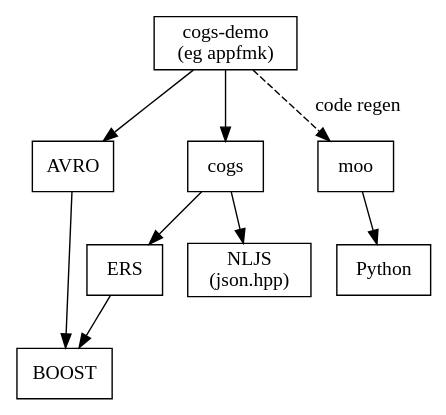
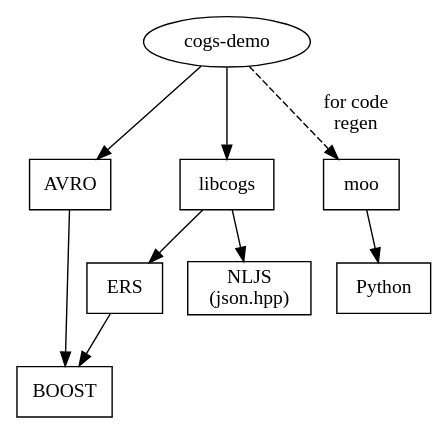
The diagram in deps.dot (brettviren/cogs), drawn with Graphviz before and after one commit. The commit also changed 5 other files, not shown here.

Commit message:
Use local *-schema.jsonnet files, not moc module

```diff
--- a/deps.dot
+++ b/deps.dot
@@ -1,15 +1,16 @@
 digraph deps {
+        "cogs-demo"[label="cogs-demo"]
         node[shape=box]
-        "cogs-demo"[label="cogs-demo\n(eg appfmk)"]
         ERS
         NLJS[label="NLJS\n(json.hpp)"]
         {rank=same; AVRO; cogs; moo}
+        cogs[label="libcogs"]
         ERS->BOOST
         AVRO->BOOST
         cogs->ERS
         cogs->NLJS
         "cogs-demo"->cogs
         "cogs-demo"->AVRO
-        "cogs-demo"->moo[style=dashed,label="code regen"]
+        "cogs-demo"->moo[style=dashed,label="for code\nregen"]
         moo->Python
 }
```
